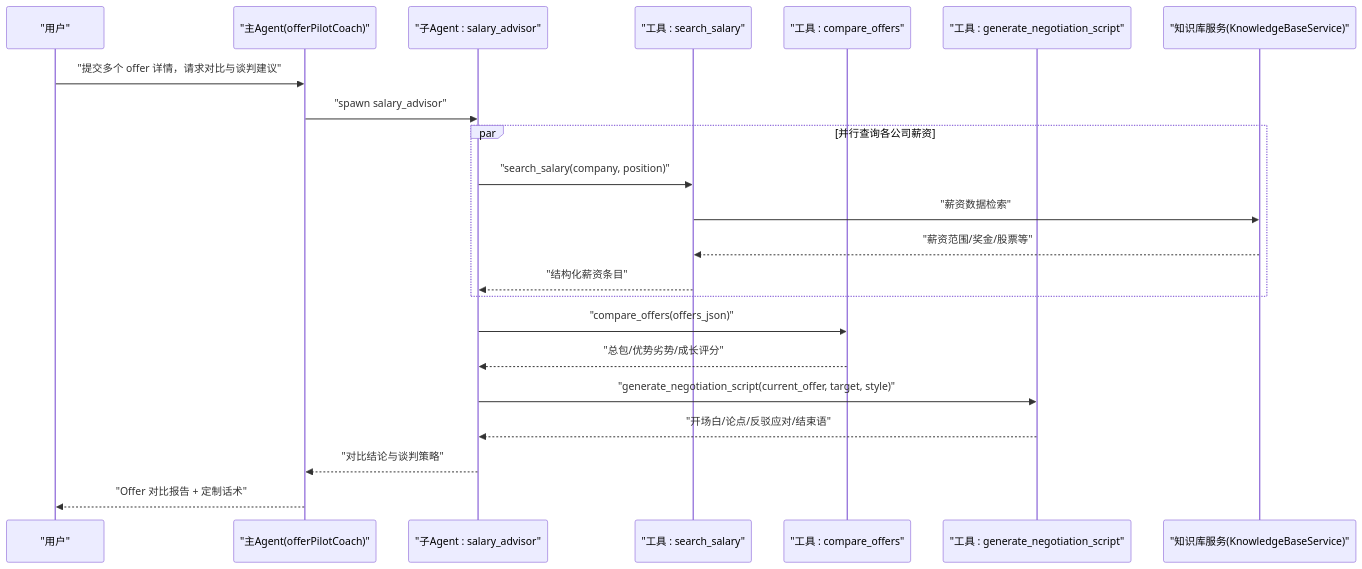
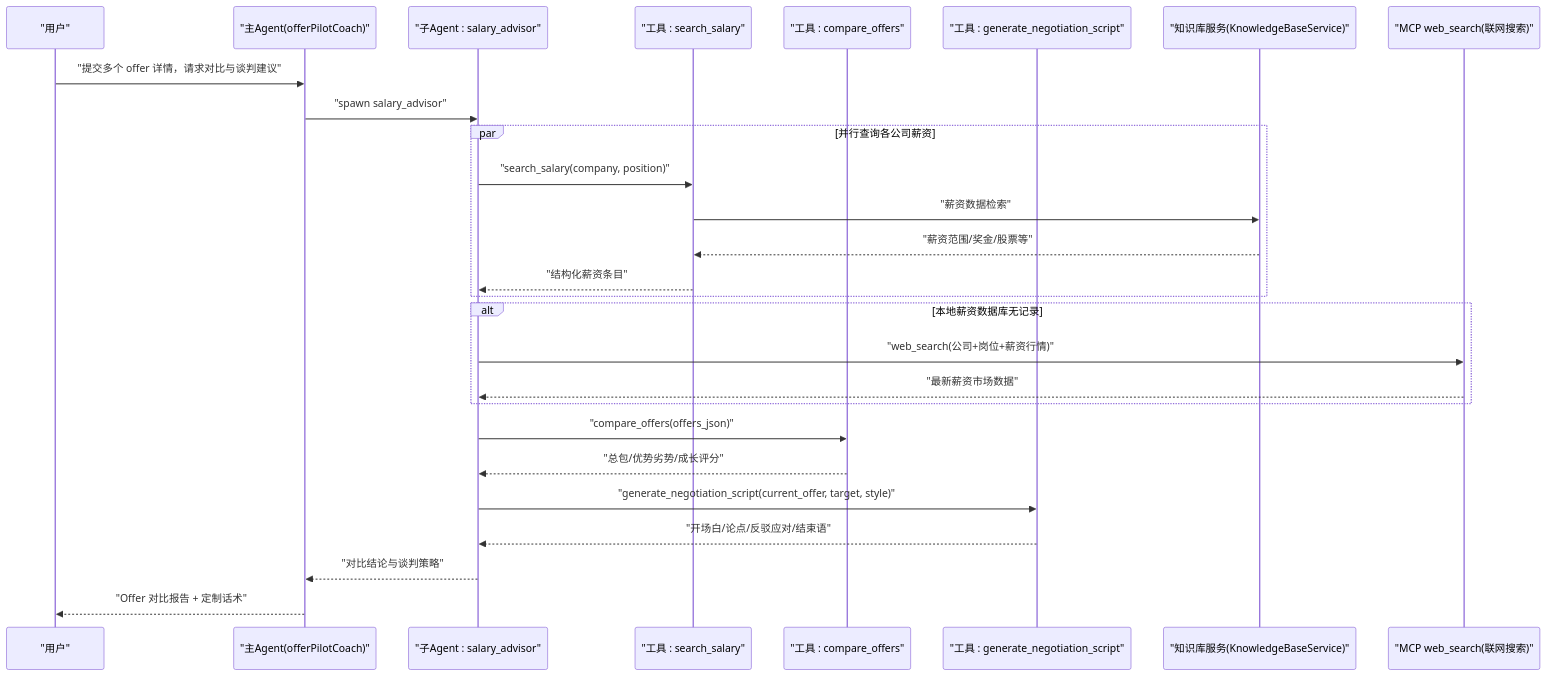
The sixth of 6 diagrams in .qoder/repowiki/zh/content/六大核心求职环节 Agent 交互时序.md (Miss-zhi/OfferPilot), drawn with Mermaid before and after one commit. The commit also changed other lines of this file and 206 other files, not shown here.

````diff
--- a/.qoder/repowiki/zh/content/六大核心求职环节 Agent 交互时序.md
+++ b/.qoder/repowiki/zh/content/六大核心求职环节 Agent 交互时序.md
@@ -240,24 +309,29 @@
 ```mermaid
 sequenceDiagram
 participant U as "用户"
 participant C as "主Agent(offerPilotCoach)"
 participant SA as "子Agent : salary_advisor"
 participant SS as "工具 : search_salary"
 participant CO as "工具 : compare_offers"
 participant GN as "工具 : generate_negotiation_script"
 participant KB as "知识库服务(KnowledgeBaseService)"
+participant MCP as "MCP web_search(联网搜索)"
 U->>C : "提交多个 offer 详情，请求对比与谈判建议"
 C->>SA : "spawn salary_advisor"
 par 并行查询各公司薪资
 SA->>SS : "search_salary(company, position)"
 SS->>KB : "薪资数据检索"
 KB-->>SS : "薪资范围/奖金/股票等"
 SS-->>SA : "结构化薪资条目"
 end
+alt 本地薪资数据库无记录
+SA->>MCP : "web_search(公司+岗位+薪资行情)"
+MCP-->>SA : "最新薪资市场数据"
+end
 SA->>CO : "compare_offers(offers_json)"
 CO-->>SA : "总包/优势劣势/成长评分"
 SA->>GN : "generate_negotiation_script(current_offer, target, style)"
 GN-->>SA : "开场白/论点/反驳应对/结束语"
 SA-->>C : "对比结论与谈判策略"
 C-->>U : "Offer 对比报告 + 定制话术"
 ```
````
